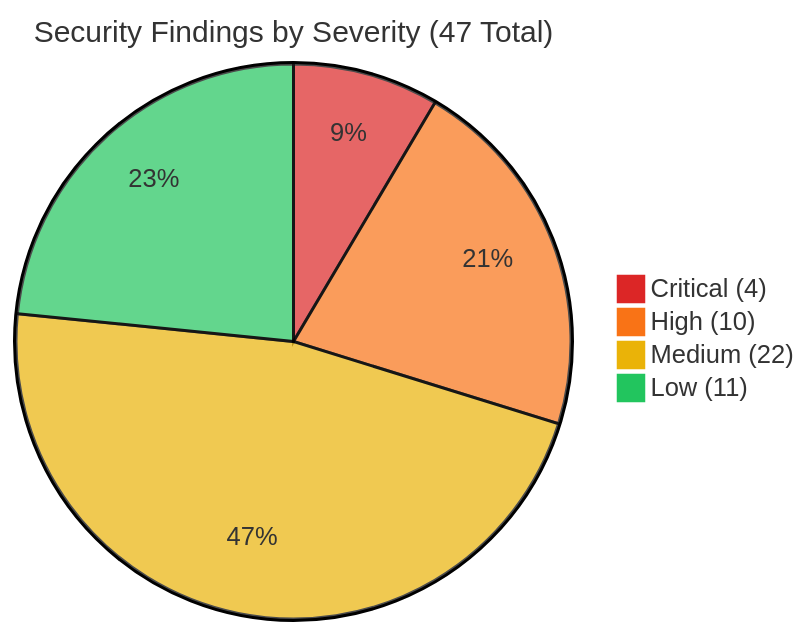
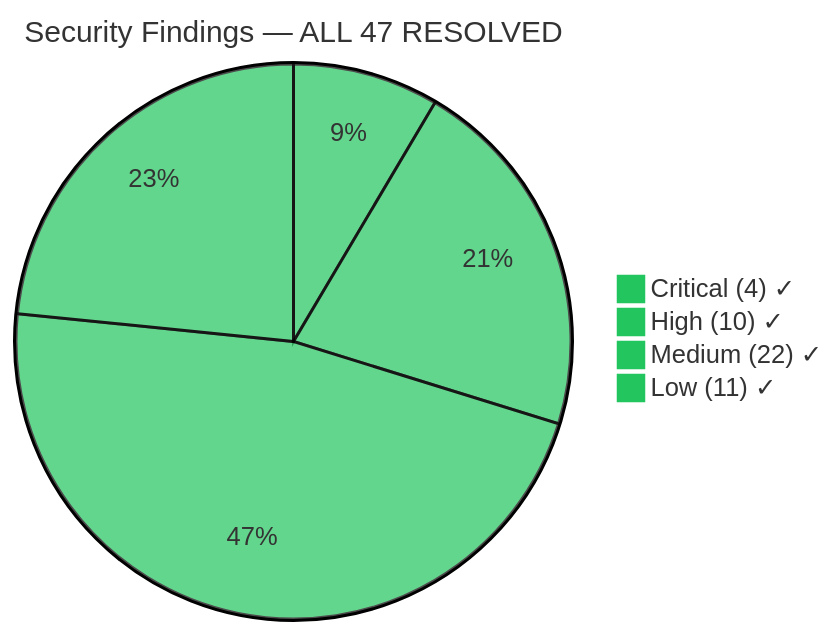
One commit to rime13-coder/confluence-documentation-framework changed the diagram in diagrams/dashboard-security-findings.mmd. Above: the diagram before and after it, drawn with Mermaid. The commit also changed 20 other files, not shown here.

First line of the commit message:
Update all docs for 100% remediation complete — all 47 findings resolved via prod-v2 migration

```diff
--- a/diagrams/dashboard-security-findings.mmd
+++ b/diagrams/dashboard-security-findings.mmd
@@ -1,6 +1,6 @@
-%%{init: {'theme': 'base', 'themeVariables': {'pie1': '#dc2626', 'pie2': '#f97316', 'pie3': '#eab308', 'pie4': '#22c55e', 'pieTitleTextSize': '20px'}}}%%
-pie title Security Findings by Severity (47 Total)
-    "Critical (4)" : 4
-    "High (10)" : 10
-    "Medium (22)" : 22
-    "Low (11)" : 11
+%%{init: {'theme': 'base', 'themeVariables': {'pie1': '#22c55e', 'pie2': '#22c55e', 'pie3': '#22c55e', 'pie4': '#22c55e', 'pieTitleTextSize': '20px'}}}%%
+pie title Security Findings — ALL 47 RESOLVED
+    "Critical (4) ✓" : 4
+    "High (10) ✓" : 10
+    "Medium (22) ✓" : 22
+    "Low (11) ✓" : 11
```
